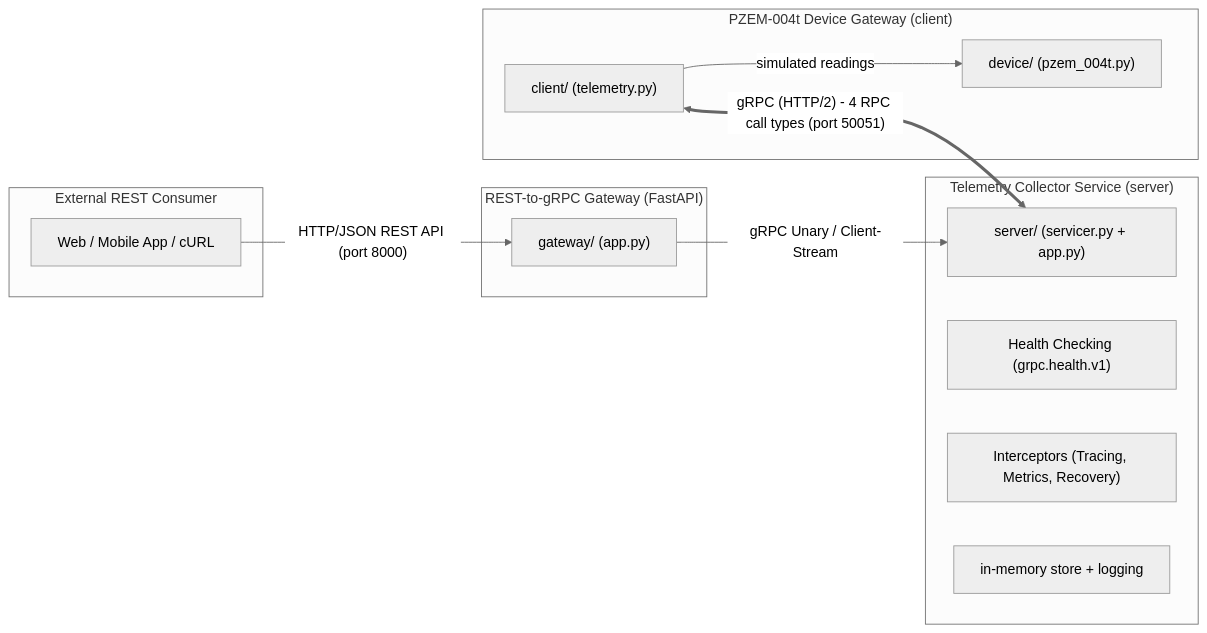
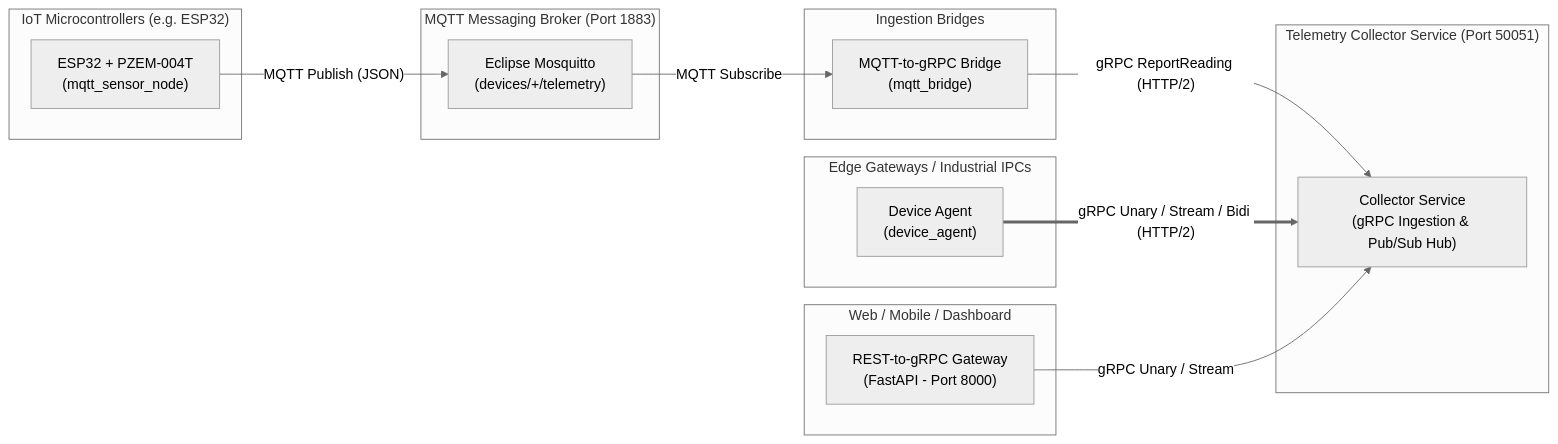
The diagram in README.md (FarrelAD/Python-gRPC), drawn with Mermaid (neutral theme) before and after one commit. The commit also changed other lines of this file and 10 other files, not shown here.

Commit message:
feat: add mqtt broker setup between microcontroller to collector service

````diff
--- a/README.md
+++ b/README.md
@@ -12,27 +12,32 @@
 ```mermaid
 flowchart LR
-    subgraph RESTConsumer["External REST Consumer"]
-        Web["Web / Mobile App / cURL"]
+    subgraph Microcontrollers["IoT Microcontrollers (e.g. ESP32)"]
+        ESP32["ESP32 + PZEM-004T\n(mqtt_sensor_node)"]
     end
 
-    subgraph Gateway["REST-to-gRPC Gateway (FastAPI)"]
-        GW["gateway/ (app.py)"]
+    subgraph MQTTBroker["MQTT Messaging Broker (Port 1883)"]
+        Broker["Eclipse Mosquitto\n(devices/+/telemetry)"]
     end
 
-    subgraph Device["PZEM-004t Device Gateway (client)"]
-        A1["client/ (telemetry.py)"]
-        A2["device/ (pzem_004t.py)"]
+    subgraph Bridges["Ingestion Bridges"]
+        Bridge["MQTT-to-gRPC Bridge\n(mqtt_bridge)"]
     end
 
-    subgraph Collector["Telemetry Collector Service (server)"]
-        B1["server/ (servicer.py + app.py)"]
-        B2["Health Checking (grpc.health.v1)"]
-        B3["Interceptors (Tracing, Metrics, Recovery)"]
-        B4["in-memory store + logging"]
+    subgraph LinuxEdge["Edge Gateways / Industrial IPCs"]
+        EdgeAgent["Device Agent\n(device_agent)"]
     end
 
-    Web --> |"HTTP/JSON REST API (port 8000)"| GW
-    GW --> |"gRPC Unary / Client-Stream"| B1
-    A1 <==> |"gRPC (HTTP/2) - 4 RPC call types (port 50051)"| B1
-    A1 -- "simulated readings" --> A2
+    subgraph Collector["Telemetry Collector Service (Port 50051)"]
+        Coll["Collector Service\n(gRPC Ingestion & Pub/Sub Hub)"]
+    end
+
+    subgraph RESTConsumer["Web / Mobile / Dashboard"]
+        REST["REST-to-gRPC Gateway\n(FastAPI - Port 8000)"]
+    end
+
+    ESP32 -->|"MQTT Publish (JSON)"| Broker
+    Broker -->|"MQTT Subscribe"| Bridge
+    Bridge -->|"gRPC ReportReading (HTTP/2)"| Coll
+    EdgeAgent ==>|"gRPC Unary / Stream / Bidi (HTTP/2)"| Coll
+    REST -->|"gRPC Unary / Stream"| Coll
 ```
````
